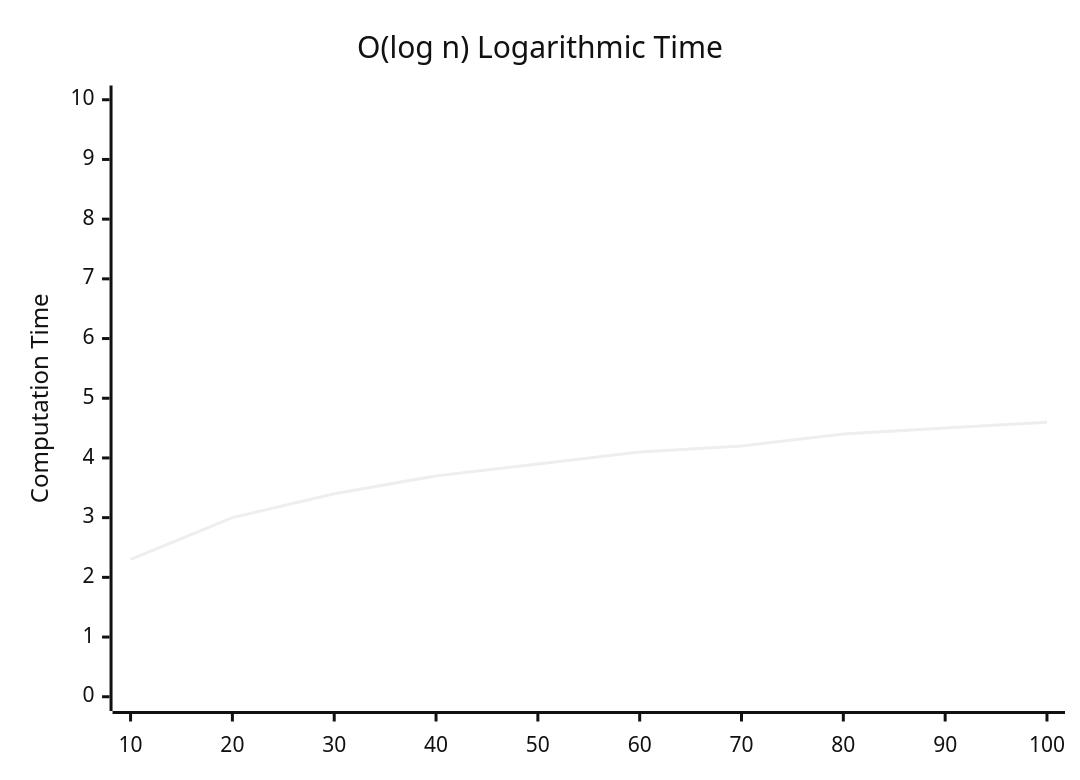
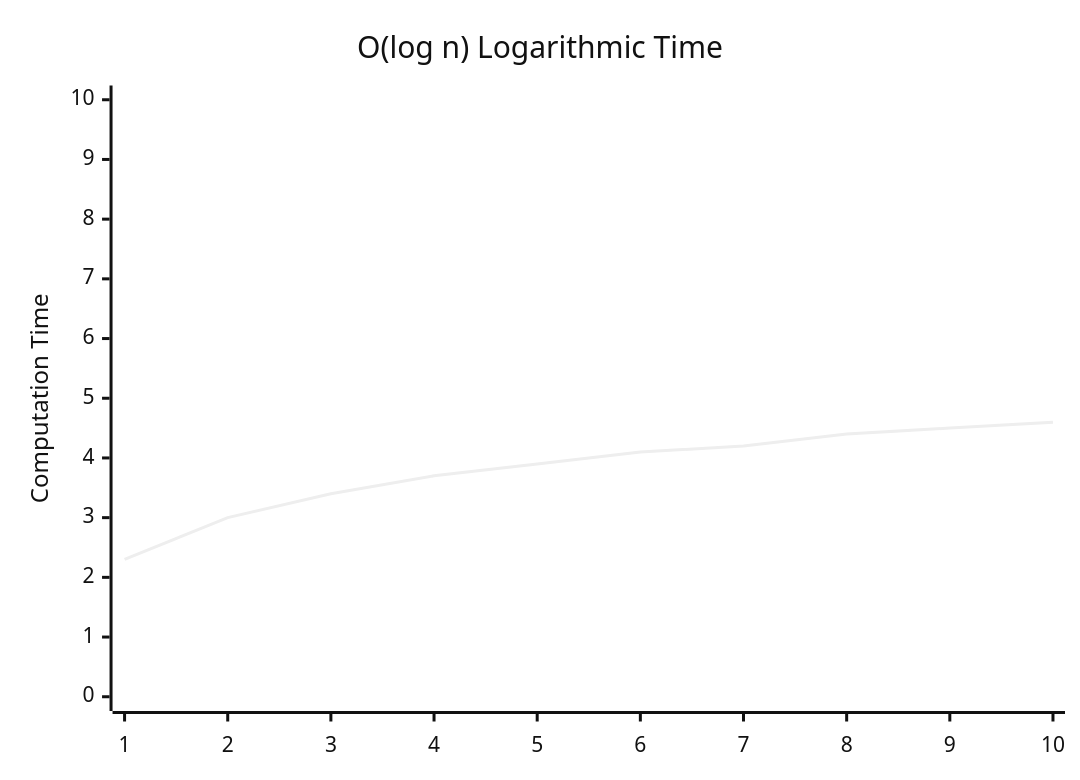
Before and after one commit to CodeYourFuture/curriculum: the third of 6 diagrams in common-content/en/module/complexity/big-o/index.md, drawn with Mermaid (neutral theme). The commit also changed other lines of this file and 3 other files, not shown here.

````diff
--- a/common-content/en/module/complexity/big-o/index.md
+++ b/common-content/en/module/complexity/big-o/index.md
@@ -45,7 +53,7 @@
 ```mermaid
 xychart-beta
 title "O(log n) Logarithmic Time"
-x-axis [10, 20, 30, 40, 50, 60, 70, 80, 90, 100]
+x-axis [1, 2, 3, 4, 5, 6, 7, 8, 9, 10]
 y-axis "Computation Time" 0 --> 10
 line [2.3, 3.0, 3.4, 3.7, 3.9, 4.1, 4.2, 4.4, 4.5, 4.6]
 ```
````
